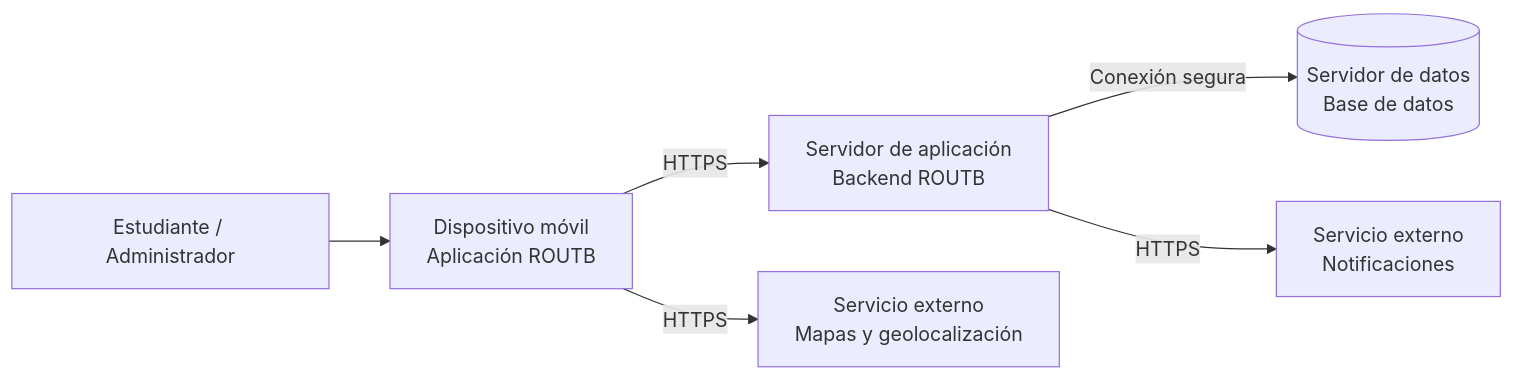
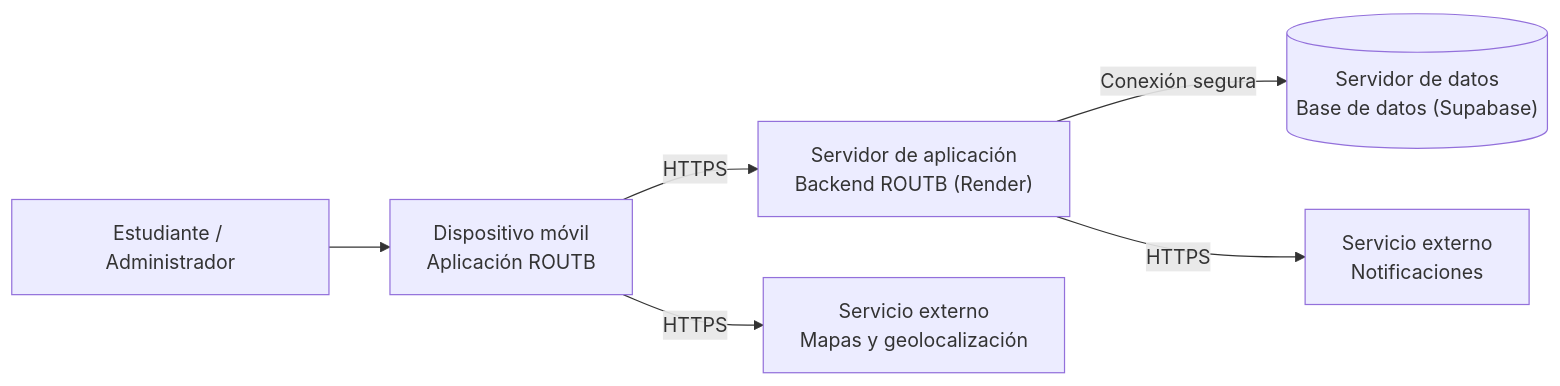
Before and after one commit to ISCOUTB/AS_202620_ROUTB: the first of 2 diagrams in docs/arc42/07_vista_de_despliegue.md, drawn with Mermaid. The commit also changed other lines of this file, not shown here.

````diff
--- a/docs/arc42/07_vista_de_despliegue.md
+++ b/docs/arc42/07_vista_de_despliegue.md
@@ -7,15 +7,15 @@
 ```mermaid
 flowchart LR
     U["Estudiante / Administrador"]
     APP["Dispositivo móvil<br/>Aplicación ROUTB"]
-    API["Servidor de aplicación<br/>Backend ROUTB"]
-    DB[("Servidor de datos<br/>Base de datos")]
+    API["Servidor de aplicación<br/>Backend ROUTB (Render)"]
+    DB[("Servidor de datos<br/>Base de datos (Supabase)")]
     MAP["Servicio externo<br/>Mapas y geolocalización"]
     PUSH["Servicio externo<br/>Notificaciones"]
 
     U --> APP
     APP -->|"HTTPS"| API
     APP -->|"HTTPS"| MAP
     API -->|"Conexión segura"| DB
     API -->|"HTTPS"| PUSH
 ```
````
